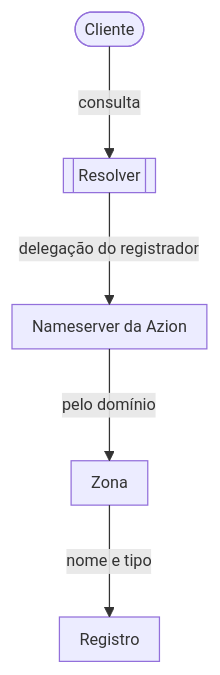
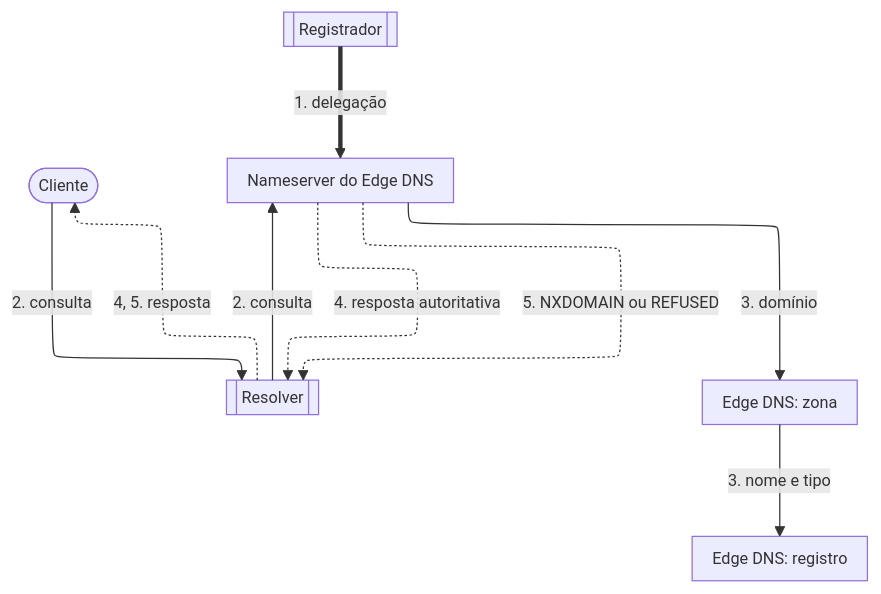
The first of 4 diagrams in apps/docs/src/content/docs/pt-br/pages/secure/edge-dns/how-it-works.mdx (aziontech/docs), drawn with Mermaid before and after one commit. The commit also changed other lines of this file and 73 other files, not shown here.

Commit message:
fix(edge-dns): test the Edge DNS section against the product and correct the pages (#2710)

````diff
--- a/apps/docs/src/content/docs/pt-br/pages/secure/edge-dns/how-it-works.mdx
+++ b/apps/docs/src/content/docs/pt-br/pages/secure/edge-dns/how-it-works.mdx
@@ -26,8 +28,18 @@
 ```mermaid
-%%{init: {"layout": "elk", "themeVariables": {"fontSize": "13px"}, "flowchart": {"nodeSpacing": 24, "rankSpacing": 36, "padding": 8, "wrappingWidth": 150, "useMaxWidth": true}, "sequence": {"width": 120, "actorMargin": 30, "useMaxWidth": true}}}%%
+%%{init: {"layout": "elk", "elk": {"cycleBreakingStrategy": "MODEL_ORDER"}, "themeVariables": {"fontSize": "13px"}, "flowchart": {"nodeSpacing": 24, "rankSpacing": 36, "padding": 8, "wrappingWidth": 150, "useMaxWidth": true}, "sequence": {"width": 120, "actorMargin": 30, "useMaxWidth": true}}}%%
 flowchart TD
-  Cli(["Cliente"]) -->|"consulta"| Res[["Resolver"]]
-  Res -->|"delegação do registrador"| Ns["Nameserver da Azion"]
-  Ns -->|"pelo domínio"| Zone["Zona"]
-  Zone -->|"nome e tipo"| Rec["Registro"]
+  Client(["Cliente"])
+  Resolver[["Resolver"]]
+  Registrar[["Registrador"]]
+  NS["Nameserver do Edge DNS"]
+  Zone["Edge DNS: zona"]
+  Record["Edge DNS: registro"]
+  Registrar ==>|"1. delegação"| NS
+  Client -->|"2. consulta"| Resolver
+  Resolver -->|"2. consulta"| NS
+  NS -->|"3. domínio"| Zone
+  Zone -->|"3. nome e tipo"| Record
+  NS -.->|"4. resposta autoritativa"| Resolver
+  NS -.->|"5. NXDOMAIN ou REFUSED"| Resolver
+  Resolver -.->|"4, 5. resposta"| Client
 ```
````
